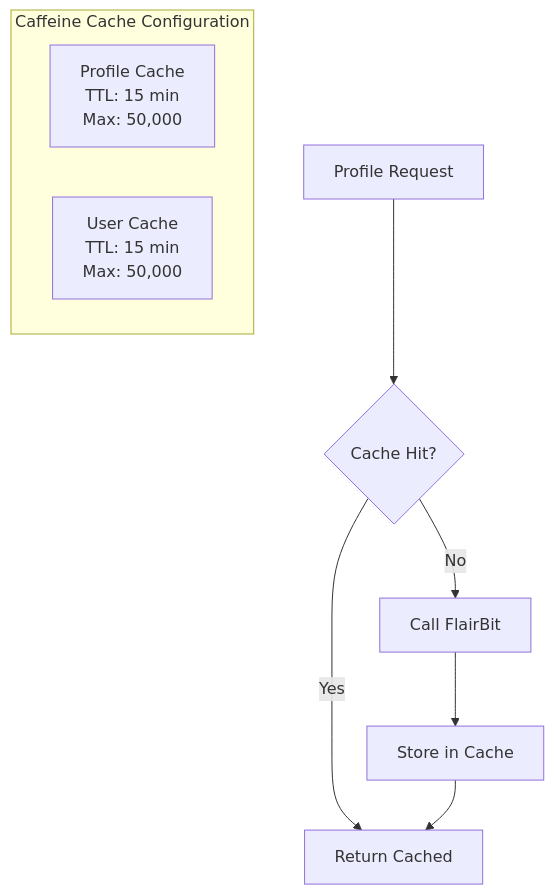
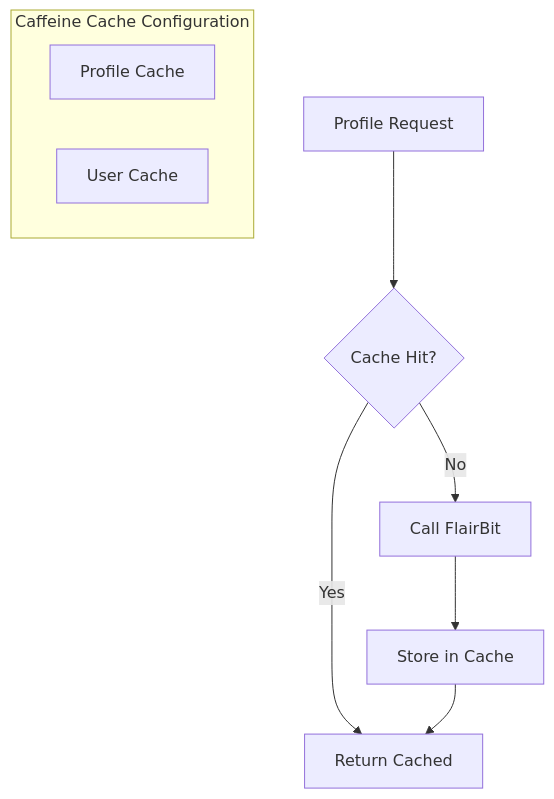
Before and after one commit to kagit00/chats: the seventh of 8 diagrams in docs/HighLevelDesign.md, drawn with Mermaid. The commit also changed other lines of this file and 2 other files, not shown here.

````diff
--- a/docs/HighLevelDesign.md
+++ b/docs/HighLevelDesign.md
@@ -297,13 +297,13 @@
 ```mermaid
 graph TD
     subgraph "Caffeine Cache Configuration"
-        PROFILE_CACHE[Profile Cache<br/>TTL: 15 min<br/>Max: 50,000]
-        USER_CACHE[User Cache<br/>TTL: 15 min<br/>Max: 50,000]
+        PROFILE_CACHE[Profile Cache]
+        USER_CACHE[User Cache]
     end
     
     REQUEST[Profile Request] --> CHECK{Cache Hit?}
     CHECK -->|Yes| RETURN[Return Cached]
     CHECK -->|No| FLAIRBIT[Call FlairBit]
     FLAIRBIT --> STORE[Store in Cache]
     STORE --> RETURN
 ```
````
